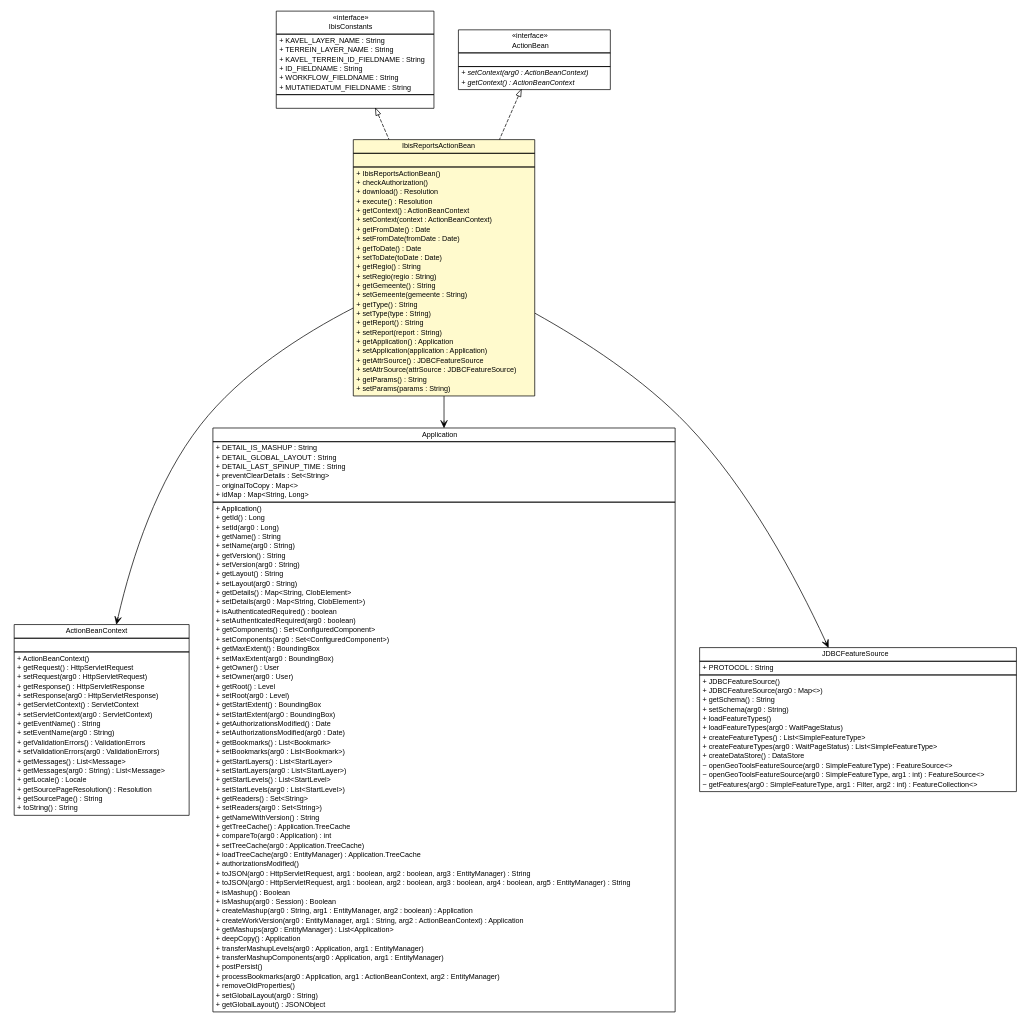
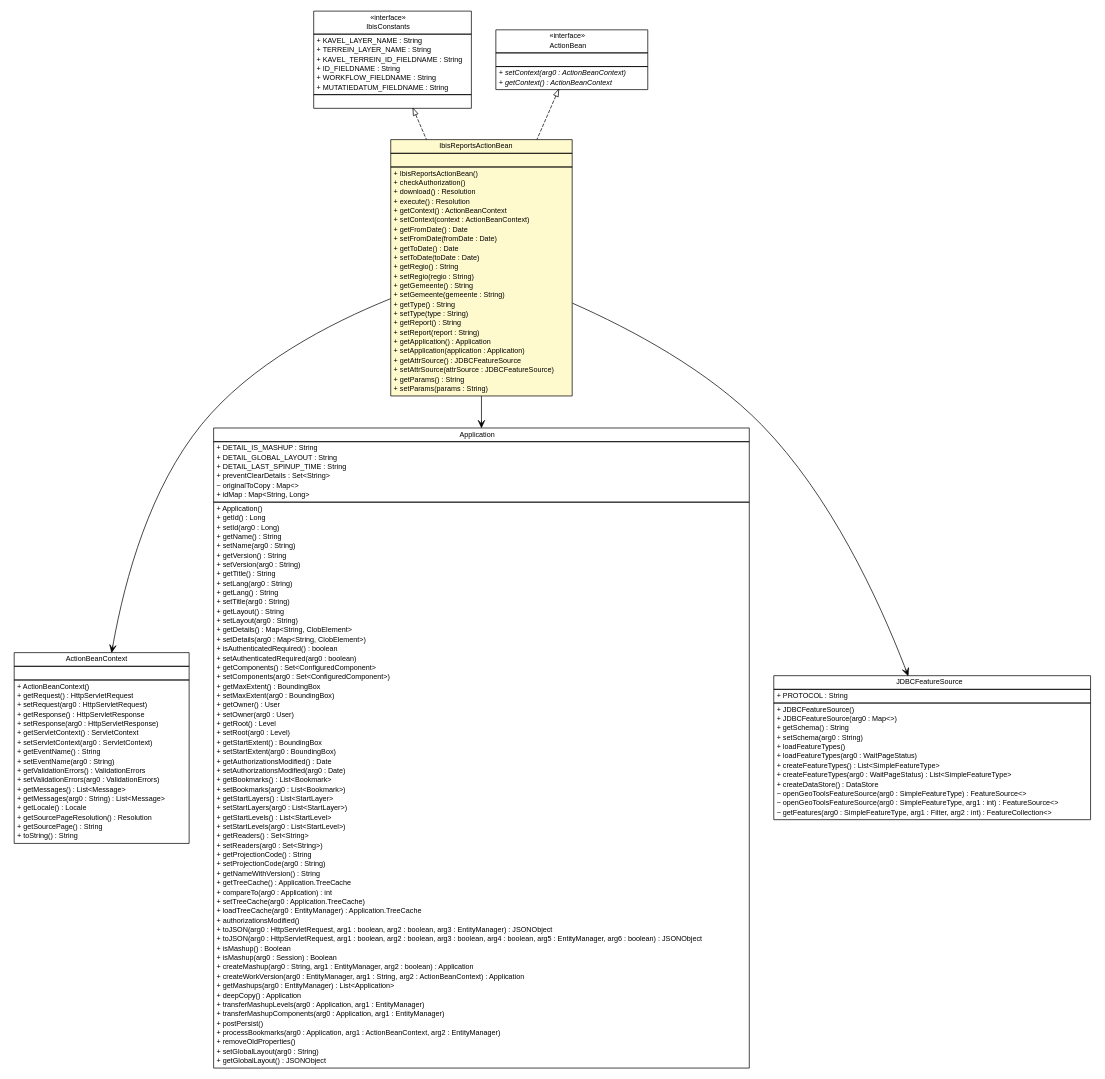
One commit to B3Partners/flamingo-ibis changed the diagram in ibis-viewer/apidocs/nl/b3p/viewer/stripes/IbisReportsActionBean.dot. Above: the diagram before and after it, drawn with Graphviz. The commit also changed 408 other files, not shown here.

```diff
--- a/ibis-viewer/apidocs/nl/b3p/viewer/stripes/IbisReportsActionBean.dot
+++ b/ibis-viewer/apidocs/nl/b3p/viewer/stripes/IbisReportsActionBean.dot
@@ -10,7 +10,7 @@
 	nodesep=0.25;
 	ranksep=0.5;
 	// nl.b3p.viewer.stripes.IbisReportsActionBean
-	c253 [label=<<table title="nl.b3p.viewer.stripes.IbisReportsActionBean" border="0" cellborder="1" cellspacing="0" cellpadding="2" port="p" bgcolor="lemonChiffon" href="./IbisReportsActionBean.html">
+	c257 [label=<<table title="nl.b3p.viewer.stripes.IbisReportsActionBean" border="0" cellborder="1" cellspacing="0" cellpadding="2" port="p" bgcolor="lemonChiffon" href="./IbisReportsActionBean.html">
 		<tr><td><table border="0" cellspacing="0" cellpadding="1">
 <tr><td align="center" balign="center"> IbisReportsActionBean </td></tr>
 		</table></td></tr>
@@ -45,7 +45,7 @@
 		</table></td></tr>
 		</table>>, URL="./IbisReportsActionBean.html", fontname="Helvetica", fontcolor="black", fontsize=10.0];
 	// nl.b3p.viewer.ibis.util.IbisConstants
-	c258 [label=<<table title="nl.b3p.viewer.ibis.util.IbisConstants" border="0" cellborder="1" cellspacing="0" cellpadding="2" port="p" href="../ibis/util/IbisConstants.html">
+	c262 [label=<<table title="nl.b3p.viewer.ibis.util.IbisConstants" border="0" cellborder="1" cellspacing="0" cellpadding="2" port="p" href="../ibis/util/IbisConstants.html">
 		<tr><td><table border="0" cellspacing="0" cellpadding="1">
 <tr><td align="center" balign="center"> &#171;interface&#187; </td></tr>
 <tr><td align="center" balign="center"> IbisConstants </td></tr>
@@ -63,17 +63,17 @@
 		</table></td></tr>
 		</table>>, URL="../ibis/util/IbisConstants.html", fontname="Helvetica", fontcolor="black", fontsize=10.0];
 	//nl.b3p.viewer.stripes.IbisReportsActionBean implements net.sourceforge.stripes.action.ActionBean
-	c260:p -> c253:p [dir=back,arrowtail=empty,style=dashed];
+	c264:p -> c257:p [dir=back,arrowtail=empty,style=dashed];
 	//nl.b3p.viewer.stripes.IbisReportsActionBean implements nl.b3p.viewer.ibis.util.IbisConstants
-	c258:p -> c253:p [dir=back,arrowtail=empty,style=dashed];
+	c262:p -> c257:p [dir=back,arrowtail=empty,style=dashed];
 	// nl.b3p.viewer.stripes.IbisReportsActionBean NAVASSOC net.sourceforge.stripes.action.ActionBeanContext
-	c253:p -> c261:p [taillabel="", label="", headlabel="", fontname="Helvetica", fontcolor="black", fontsize=10.0, color="black", arrowhead=open];
+	c257:p -> c265:p [taillabel="", label="", headlabel="", fontname="Helvetica", fontcolor="black", fontsize=10.0, color="black", arrowhead=open];
 	// nl.b3p.viewer.stripes.IbisReportsActionBean NAVASSOC nl.b3p.viewer.config.app.Application
-	c253:p -> c262:p [taillabel="", label="", headlabel="", fontname="Helvetica", fontcolor="black", fontsize=10.0, color="black", arrowhead=open];
+	c257:p -> c266:p [taillabel="", label="", headlabel="", fontname="Helvetica", fontcolor="black", fontsize=10.0, color="black", arrowhead=open];
 	// nl.b3p.viewer.stripes.IbisReportsActionBean NAVASSOC nl.b3p.viewer.config.services.JDBCFeatureSource
-	c253:p -> c263:p [taillabel="", label="", headlabel="", fontname="Helvetica", fontcolor="black", fontsize=10.0, color="black", arrowhead=open];
+	c257:p -> c267:p [taillabel="", label="", headlabel="", fontname="Helvetica", fontcolor="black", fontsize=10.0, color="black", arrowhead=open];
 	// net.sourceforge.stripes.action.ActionBeanContext
-	c261 [label=<<table title="net.sourceforge.stripes.action.ActionBeanContext" border="0" cellborder="1" cellspacing="0" cellpadding="2" port="p">
+	c265 [label=<<table title="net.sourceforge.stripes.action.ActionBeanContext" border="0" cellborder="1" cellspacing="0" cellpadding="2" port="p">
 		<tr><td><table border="0" cellspacing="0" cellpadding="1">
 <tr><td align="center" balign="center"> ActionBeanContext </td></tr>
 		</table></td></tr>
@@ -101,7 +101,7 @@
 		</table></td></tr>
 		</table>>, URL="null", fontname="Helvetica", fontcolor="black", fontsize=10.0];
 	// net.sourceforge.stripes.action.ActionBean
-	c260 [label=<<table title="net.sourceforge.stripes.action.ActionBean" border="0" cellborder="1" cellspacing="0" cellpadding="2" port="p">
+	c264 [label=<<table title="net.sourceforge.stripes.action.ActionBean" border="0" cellborder="1" cellspacing="0" cellpadding="2" port="p">
 		<tr><td><table border="0" cellspacing="0" cellpadding="1">
 <tr><td align="center" balign="center"> &#171;interface&#187; </td></tr>
 <tr><td align="center" balign="center"> ActionBean </td></tr>
@@ -115,7 +115,7 @@
 		</table></td></tr>
 		</table>>, URL="null", fontname="Helvetica", fontcolor="black", fontsize=10.0];
 	// nl.b3p.viewer.config.services.JDBCFeatureSource
-	c263 [label=<<table title="nl.b3p.viewer.config.services.JDBCFeatureSource" border="0" cellborder="1" cellspacing="0" cellpadding="2" port="p">
+	c267 [label=<<table title="nl.b3p.viewer.config.services.JDBCFeatureSource" border="0" cellborder="1" cellspacing="0" cellpadding="2" port="p">
 		<tr><td><table border="0" cellspacing="0" cellpadding="1">
 <tr><td align="center" balign="center"> JDBCFeatureSource </td></tr>
 		</table></td></tr>
@@ -138,7 +138,7 @@
 		</table></td></tr>
 		</table>>, URL="null", fontname="Helvetica", fontcolor="black", fontsize=10.0];
 	// nl.b3p.viewer.config.app.Application
-	c262 [label=<<table title="nl.b3p.viewer.config.app.Application" border="0" cellborder="1" cellspacing="0" cellpadding="2" port="p">
+	c266 [label=<<table title="nl.b3p.viewer.config.app.Application" border="0" cellborder="1" cellspacing="0" cellpadding="2" port="p">
 		<tr><td><table border="0" cellspacing="0" cellpadding="1">
 <tr><td align="center" balign="center"> Application </td></tr>
 		</table></td></tr>
@@ -158,6 +158,10 @@
 <tr><td align="left" balign="left"> + setName(arg0 : String) </td></tr>
 <tr><td align="left" balign="left"> + getVersion() : String </td></tr>
 <tr><td align="left" balign="left"> + setVersion(arg0 : String) </td></tr>
+<tr><td align="left" balign="left"> + getTitle() : String </td></tr>
+<tr><td align="left" balign="left"> + setLang(arg0 : String) </td></tr>
+<tr><td align="left" balign="left"> + getLang() : String </td></tr>
+<tr><td align="left" balign="left"> + setTitle(arg0 : String) </td></tr>
 <tr><td align="left" balign="left"> + getLayout() : String </td></tr>
 <tr><td align="left" balign="left"> + setLayout(arg0 : String) </td></tr>
 <tr><td align="left" balign="left"> + getDetails() : Map&lt;String, ClobElement&gt; </td></tr>
@@ -184,14 +188,16 @@
 <tr><td align="left" balign="left"> + setStartLevels(arg0 : List&lt;StartLevel&gt;) </td></tr>
 <tr><td align="left" balign="left"> + getReaders() : Set&lt;String&gt; </td></tr>
 <tr><td align="left" balign="left"> + setReaders(arg0 : Set&lt;String&gt;) </td></tr>
+<tr><td align="left" balign="left"> + getProjectionCode() : String </td></tr>
+<tr><td align="left" balign="left"> + setProjectionCode(arg0 : String) </td></tr>
 <tr><td align="left" balign="left"> + getNameWithVersion() : String </td></tr>
 <tr><td align="left" balign="left"> + getTreeCache() : Application.TreeCache </td></tr>
 <tr><td align="left" balign="left"> + compareTo(arg0 : Application) : int </td></tr>
 <tr><td align="left" balign="left"> + setTreeCache(arg0 : Application.TreeCache) </td></tr>
 <tr><td align="left" balign="left"> + loadTreeCache(arg0 : EntityManager) : Application.TreeCache </td></tr>
 <tr><td align="left" balign="left"> + authorizationsModified() </td></tr>
-<tr><td align="left" balign="left"> + toJSON(arg0 : HttpServletRequest, arg1 : boolean, arg2 : boolean, arg3 : EntityManager) : String </td></tr>
-<tr><td align="left" balign="left"> + toJSON(arg0 : HttpServletRequest, arg1 : boolean, arg2 : boolean, arg3 : boolean, arg4 : boolean, arg5 : EntityManager) : String </td></tr>
+<tr><td align="left" balign="left"> + toJSON(arg0 : HttpServletRequest, arg1 : boolean, arg2 : boolean, arg3 : EntityManager) : JSONObject </td></tr>
+<tr><td align="left" balign="left"> + toJSON(arg0 : HttpServletRequest, arg1 : boolean, arg2 : boolean, arg3 : boolean, arg4 : boolean, arg5 : EntityManager, arg6 : boolean) : JSONObject </td></tr>
 <tr><td align="left" balign="left"> + isMashup() : Boolean </td></tr>
 <tr><td align="left" balign="left"> + isMashup(arg0 : Session) : Boolean </td></tr>
 <tr><td align="left" balign="left"> + createMashup(arg0 : String, arg1 : EntityManager, arg2 : boolean) : Application </td></tr>
```
